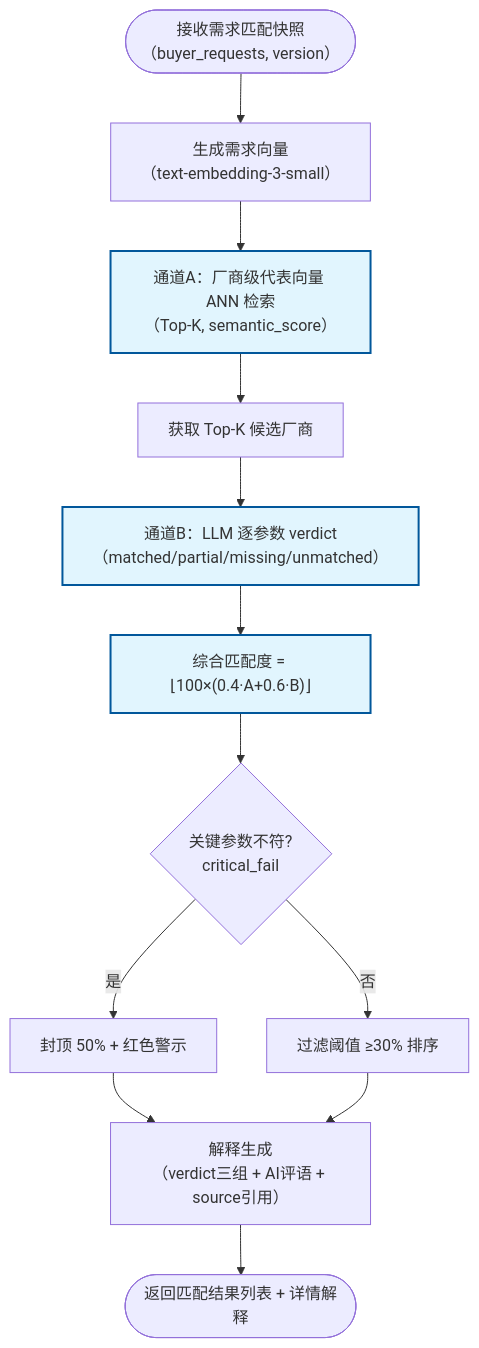
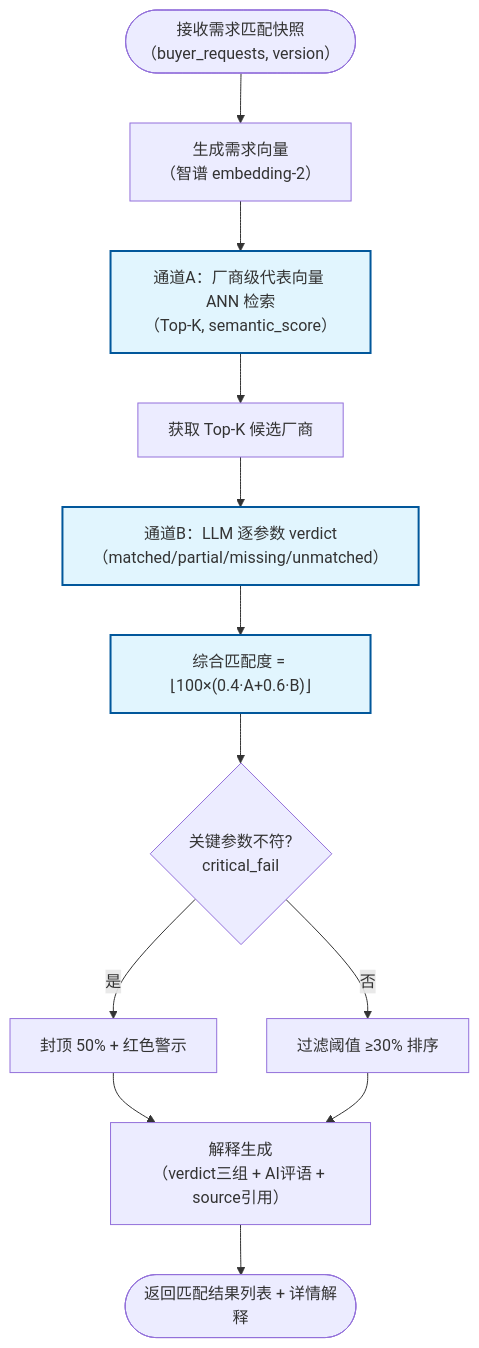
The seventh of 9 diagrams in doc/系统/系统架构设计.md (ivgotcrazy/xmsn-demo), drawn with Mermaid before and after one commit. The commit also changed other lines of this file and 3 other files, not shown here.

````diff
--- a/doc/系统/系统架构设计.md
+++ b/doc/系统/系统架构设计.md
@@ -772,23 +772,23 @@
 ```mermaid
 flowchart TD
-    Input(["接收需求匹配快照<br/>（buyer_requests, version）"]) --> GenVector["生成需求向量<br/>（text-embedding-3-small）"]
+    Input(["接收需求匹配快照<br/>（buyer_requests, version）"]) --> GenVector["生成需求向量<br/>（智谱 embedding-2）"]
     
     GenVector --> ChannelA["通道A：厂商级代表向量 ANN 检索<br/>（Top-K, semantic_score）"]
     
     ChannelA --> GetTopK["获取 Top-K 候选厂商"]
     
     GetTopK --> ChannelB["通道B：LLM 逐参数 verdict<br/>（matched/partial/missing/unmatched）"]
     
     ChannelB --> Score["综合匹配度 = ⌊100×(0.4·A+0.6·B)⌋"]
     
     Score --> Check{"关键参数不符?<br/>critical_fail"}
     Check -- 是 --> Cap["封顶 50% + 红色警示"]
     Check -- 否 --> Thresh["过滤阈值 ≥30% 排序"]
     Cap --> Explain["解释生成<br/>（verdict三组 + AI评语 + source引用）"]
     Thresh --> Explain
     Explain --> Output(["返回匹配结果列表 + 详情解释"])
     
     %% 样式
     classDef layer fill:#e1f5fe,stroke:#01579b,stroke-width:2px;
     class ChannelA,ChannelB,Score layer;
 ```
````
